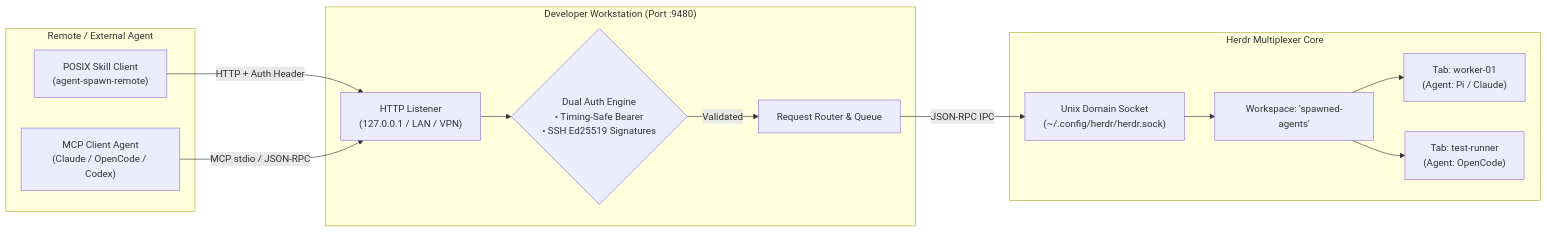
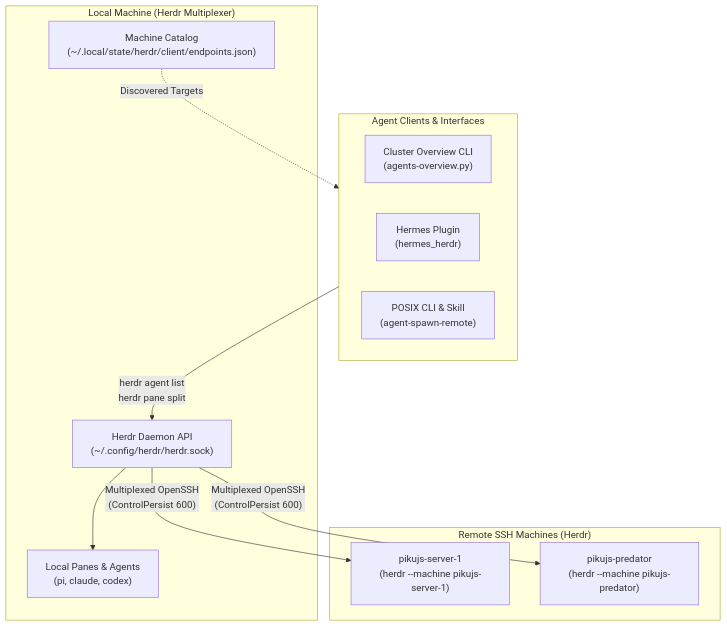
The diagram in README.md (pikujs/herdr-agent-gateway), drawn with Mermaid before and after one commit. The commit also changed other lines of this file and 1 other file, not shown here.

Commit message:
docs: update README and Home Manager module for native Herdr overview and declarative machines OP#358

````diff
--- a/README.md
+++ b/README.md
@@ -58,29 +40,25 @@
 ```mermaid
-flowchart LR
-    subgraph Remote["Remote / External Agent"]
-        CLI["POSIX Skill Client<br/>(agent-spawn-remote)"]
-        MCP["MCP Client Agent<br/>(Claude / OpenCode / Codex)"]
+flowchart TD
+    subgraph Clients["Agent Clients & Interfaces"]
+        OverviewCLI["Cluster Overview CLI<br/>(agents-overview.py)"]
+        HermesPlugin["Hermes Plugin<br/>(hermes_herdr)"]
+        POSIXScript["POSIX CLI & Skill<br/>(agent-spawn-remote)"]
     end
 
-    subgraph GatewayDaemon["Developer Workstation (Port :9480)"]
-        HTTP["HTTP Listener<br/>(127.0.0.1 / LAN / VPN)"]
-        Auth{"Dual Auth Engine<br/>• Timing-Safe Bearer<br/>• SSH Ed25519 Signatures"}
-        Router["Request Router & Queue"]
+    subgraph LocalHerdr["Local Machine (Herdr Multiplexer)"]
+        LocalDaemon["Herdr Daemon API<br/>(~/.config/herdr/herdr.sock)"]
+        LocalState["Machine Catalog<br/>(~/.local/state/herdr/client/endpoints.json)"]
+        LocalPanes["Local Panes & Agents<br/>(pi, claude, codex)"]
     end
 
-    subgraph Multiplexer["Herdr Multiplexer Core"]
-        Socket["Unix Domain Socket<br/>(~/.config/herdr/herdr.sock)"]
-        Workspace["Workspace: 'spawned-agents'"]
-        Tab1["Tab: worker-01<br/>(Agent: Pi / Claude)"]
-        Tab2["Tab: test-runner<br/>(Agent: OpenCode)"]
+    subgraph RemoteMachines["Remote SSH Machines (Herdr)"]
+        Server1["pikujs-server-1<br/>(herdr --machine pikujs-server-1)"]
+        Predator["pikujs-predator<br/>(herdr --machine pikujs-predator)"]
     end
 
-    CLI -->|"HTTP + Auth Header"| HTTP
-    MCP -->|"MCP stdio / JSON-RPC"| HTTP
-    HTTP --> Auth
-    Auth -->|"Validated"| Router
-    Router -->|"JSON-RPC IPC"| Socket
-    Socket --> Workspace
-    Workspace --> Tab1
-    Workspace --> Tab2
+    Clients -->|"herdr agent list<br/>herdr pane split"| LocalDaemon
+    LocalDaemon --> LocalPanes
+    LocalDaemon -->|"Multiplexed OpenSSH<br/>(ControlPersist 600)"| Server1
+    LocalDaemon -->|"Multiplexed OpenSSH<br/>(ControlPersist 600)"| Predator
+    LocalState -.->|"Discovered Targets"| Clients
 ```
````
